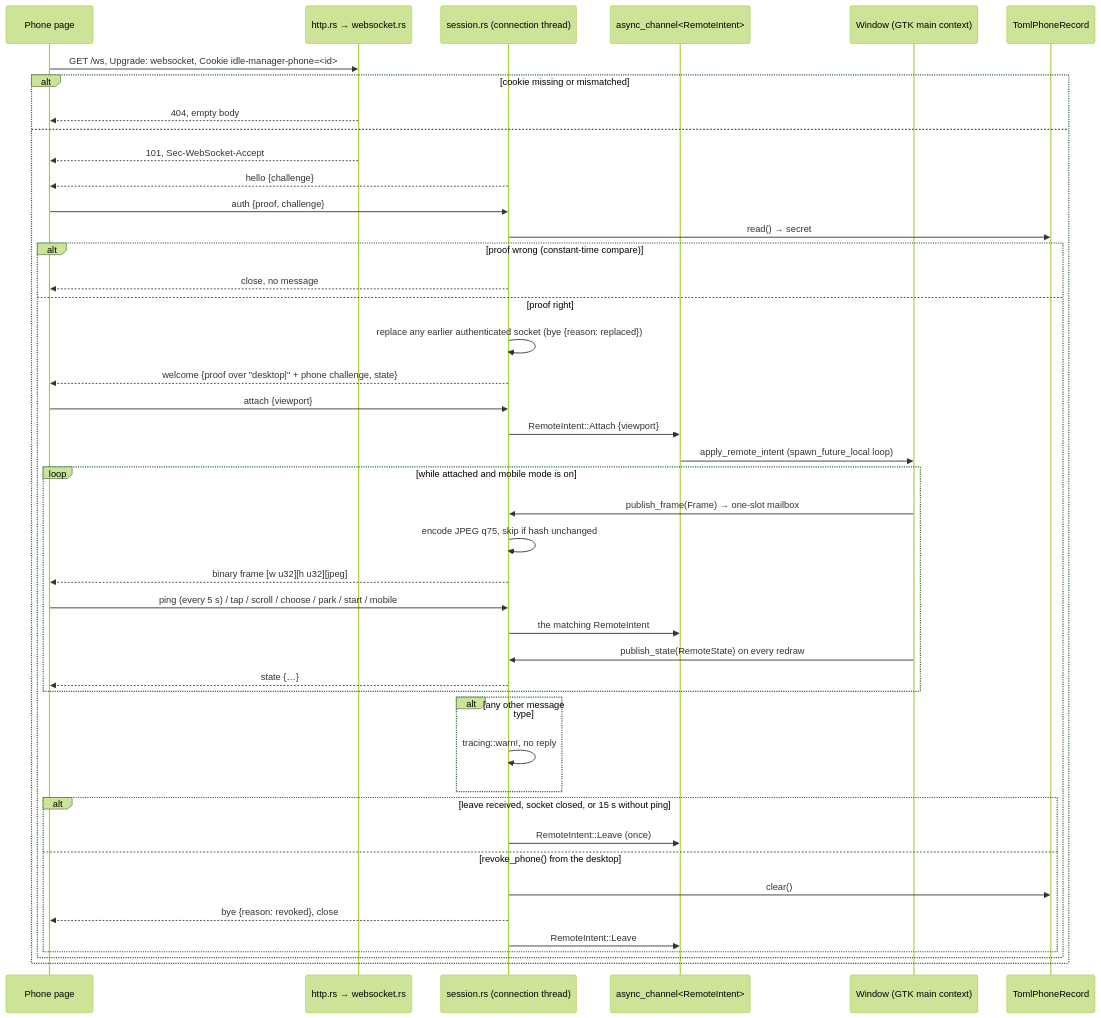
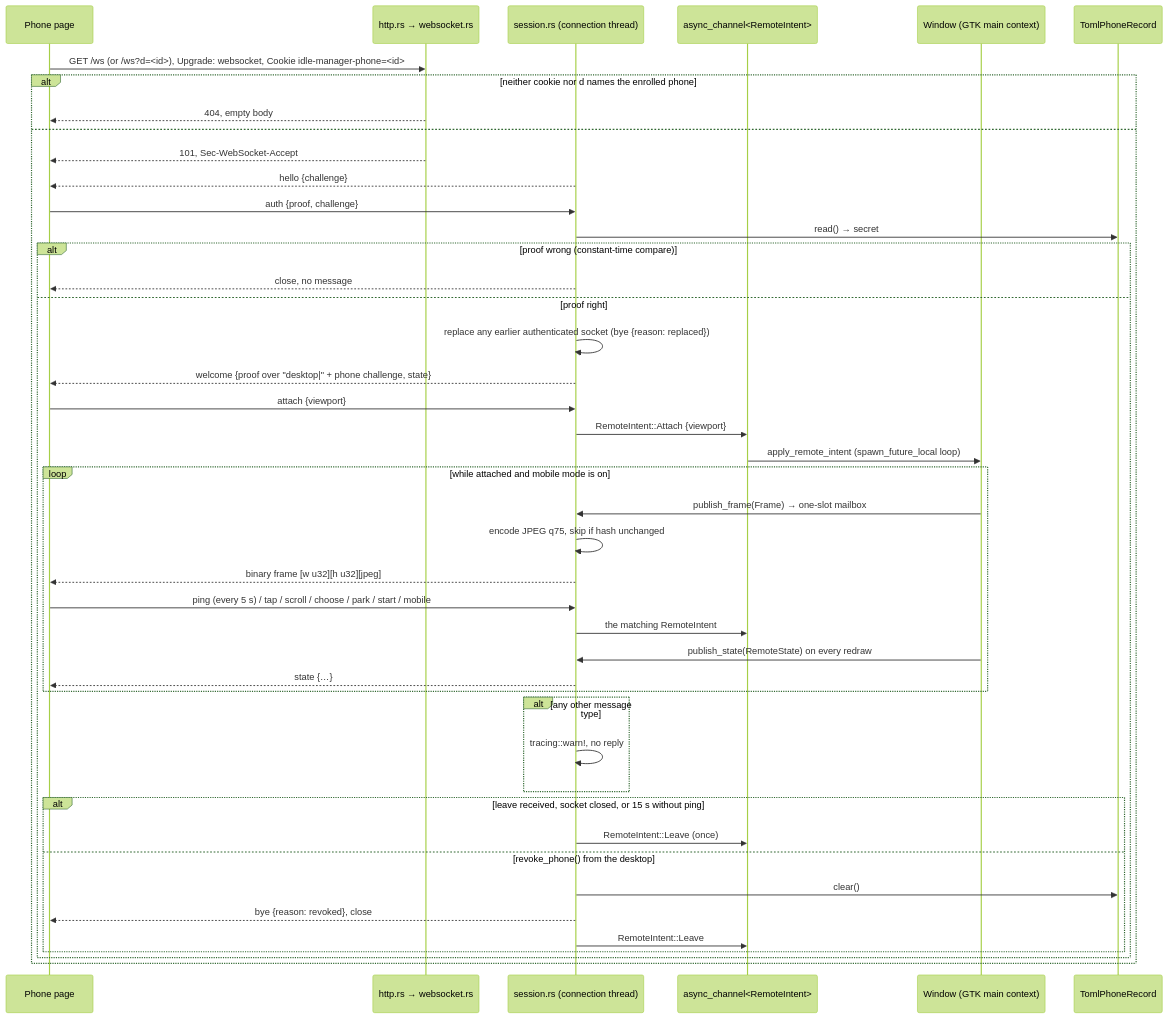
The third of 3 diagrams in docs/roadmap/13-phone-operation/sequence-diagrams.md (LucasSGomide/msg-idle-manager), drawn with Mermaid (forest theme) before and after one commit. The commit also changed other lines of this file and 10 other files, not shown here.

First line of the commit message:
feat(13): a stable address for the enrolled phone, `/?d=<device id>`

````diff
--- a/docs/roadmap/13-phone-operation/sequence-diagrams.md
+++ b/docs/roadmap/13-phone-operation/sequence-diagrams.md
@@ -87,47 +87,47 @@
 ```mermaid
 sequenceDiagram
     participant Page as Phone page
     participant Http as http.rs → websocket.rs
     participant Session as session.rs (connection thread)
     participant Channel as async_channel<RemoteIntent>
     participant Window as Window (GTK main context)
     participant Record as TomlPhoneRecord
 
-    Page->>Http: GET /ws, Upgrade: websocket, Cookie idle-manager-phone=<id>
-    alt cookie missing or mismatched
+    Page->>Http: GET /ws (or /ws?d=<id>), Upgrade: websocket, Cookie idle-manager-phone=<id>
+    alt neither cookie nor d names the enrolled phone
         Http-->>Page: 404, empty body
     else
         Http-->>Page: 101, Sec-WebSocket-Accept
         Session-->>Page: hello {challenge}
         Page->>Session: auth {proof, challenge}
         Session->>Record: read() → secret
         alt proof wrong (constant-time compare)
             Session-->>Page: close, no message
         else proof right
             Session->>Session: replace any earlier authenticated socket (bye {reason: replaced})
             Session-->>Page: welcome {proof over "desktop|" + phone challenge, state}
             Page->>Session: attach {viewport}
             Session->>Channel: RemoteIntent::Attach {viewport}
             Channel->>Window: apply_remote_intent (spawn_future_local loop)
             loop while attached and mobile mode is on
                 Window->>Session: publish_frame(Frame) → one-slot mailbox
                 Session->>Session: encode JPEG q75, skip if hash unchanged
                 Session-->>Page: binary frame [w u32][h u32][jpeg]
                 Page->>Session: ping (every 5 s) / tap / scroll / choose / park / start / mobile
                 Session->>Channel: the matching RemoteIntent
                 Window->>Session: publish_state(RemoteState) on every redraw
                 Session-->>Page: state {…}
             end
             alt any other message type
                 Session->>Session: tracing::warn!, no reply
             end
             alt leave received, socket closed, or 15 s without ping
                 Session->>Channel: RemoteIntent::Leave (once)
             else revoke_phone() from the desktop
                 Session->>Record: clear()
                 Session-->>Page: bye {reason: revoked}, close
                 Session->>Channel: RemoteIntent::Leave
             end
         end
     end
 ```
````
